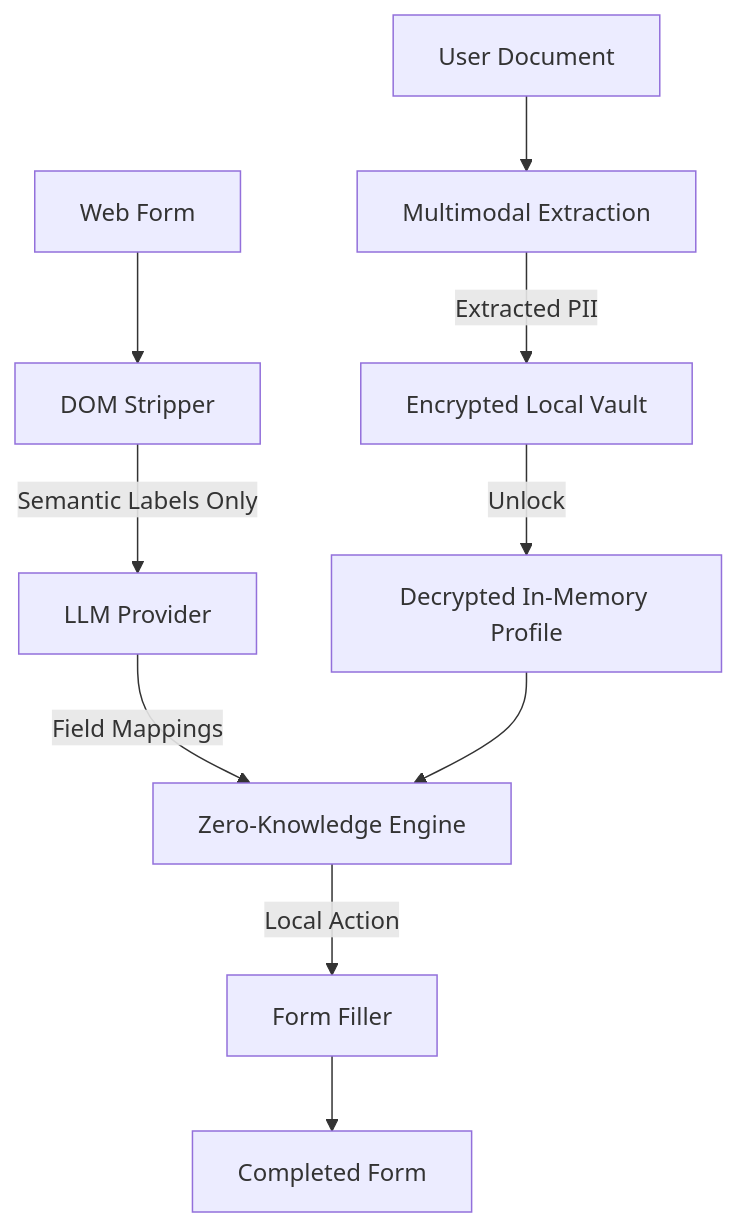
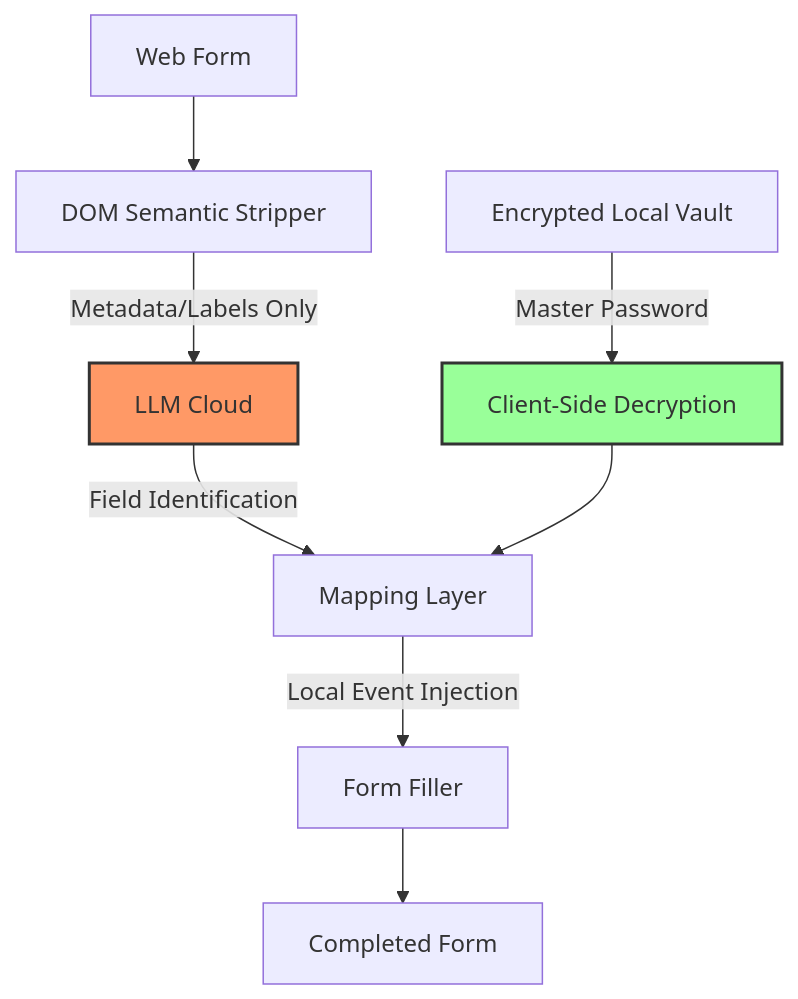
One commit to KesavGopan10/CitizenOne changed the diagram in README.md. Above: the diagram before and after it, drawn with Mermaid. The commit also changed other lines of this file and 1 other file, not shown here.

````diff
--- a/README.md
+++ b/README.md
@@ -100,12 +48,12 @@
 ```mermaid
 graph TD
-    A[Web Form] --> B[DOM Stripper]
-    B -->|Semantic Labels Only| C[LLM Provider]
-    C -->|Field Mappings| D[Zero-Knowledge Engine]
-    E[Encrypted Local Vault] --Unlock--> F[Decrypted In-Memory Profile]
+    A[Web Form] --> B[DOM Semantic Stripper]
+    B -->|Metadata/Labels Only| C[LLM Cloud]
+    C -->|Field Identification| D[Mapping Layer]
+    E[Encrypted Local Vault] --Master Password--> F[Client-Side Decryption]
     F --> D
-    D -->|Local Action| G[Form Filler]
+    D -->|Local Event Injection| G[Form Filler]
     G --> H[Completed Form]
-    I[User Document] --> J[Multimodal Extraction]
-    J -->|Extracted PII| E
+    style C fill:#f96,stroke:#333,stroke-width:2px
+    style F fill:#9f9,stroke:#333,stroke-width:2px
 ```
````
